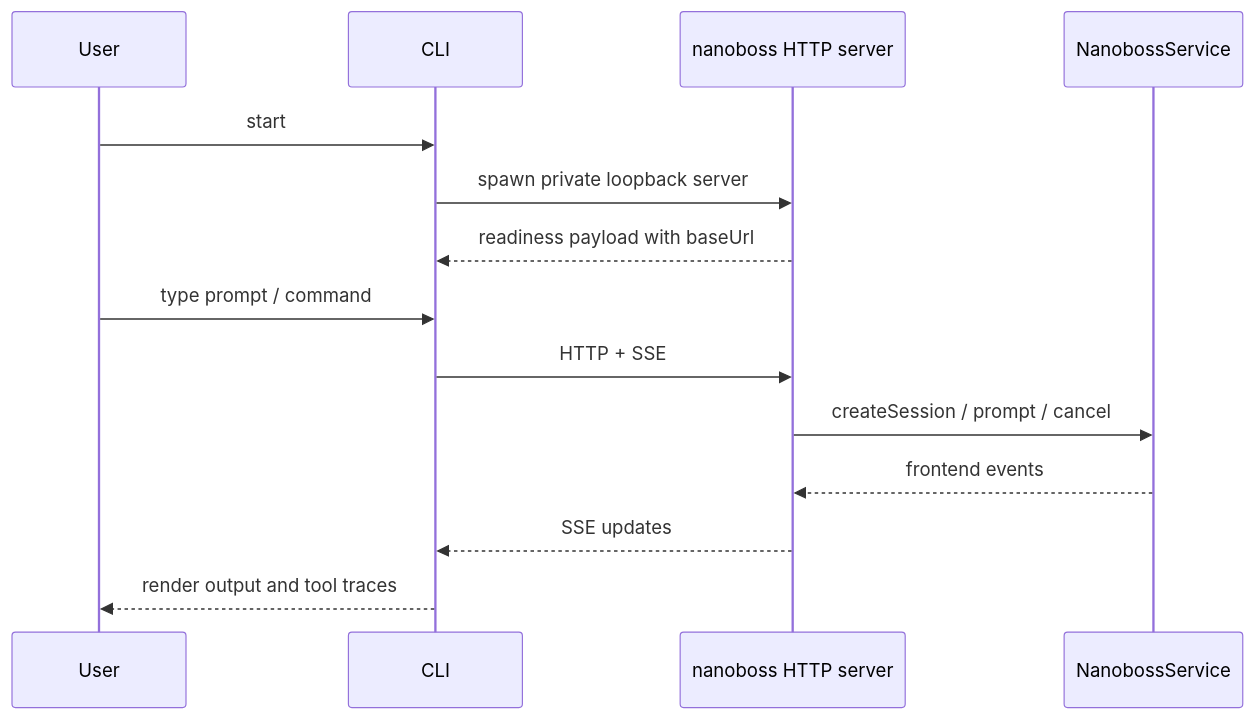
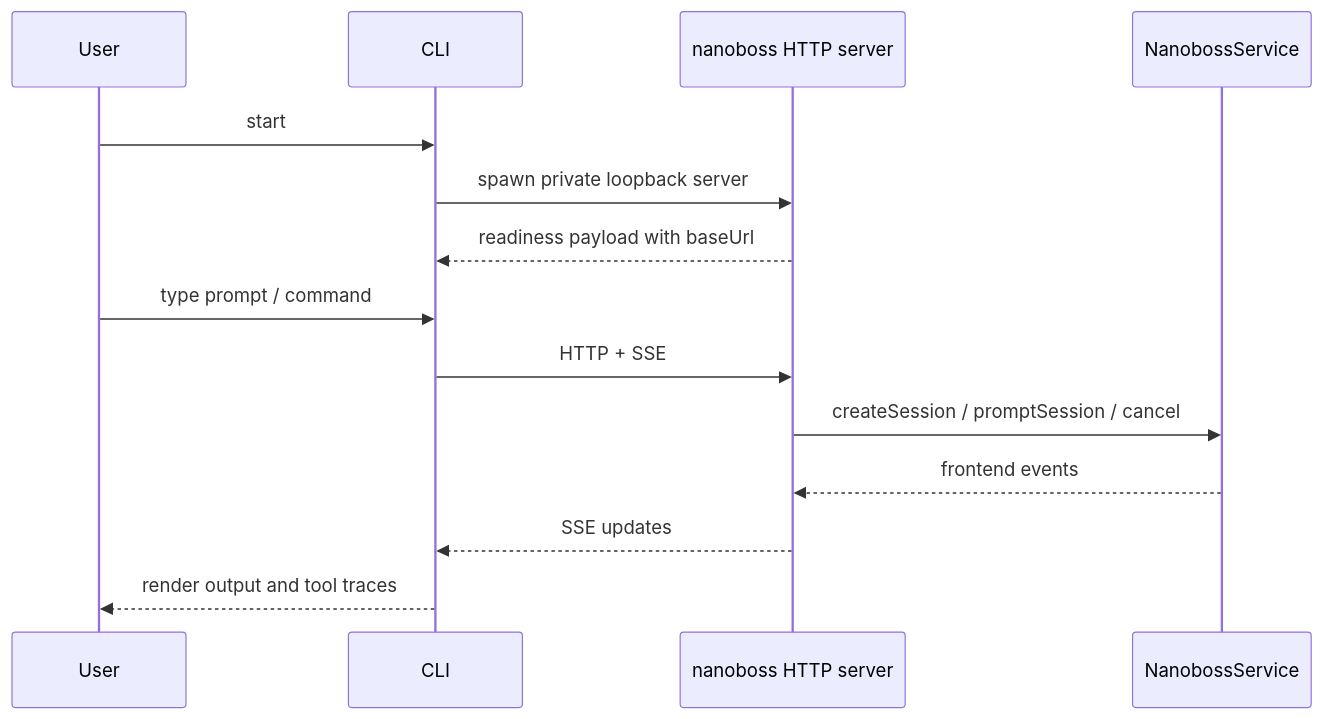
One commit to jflam/nanoboss changed the second of 5 diagrams in docs/architecture.md. Above: the diagram before and after it, drawn with Mermaid. The commit also changed other lines of this file and 12 other files, not shown here.

````diff
--- a/docs/architecture.md
+++ b/docs/architecture.md
@@ -89,17 +89,17 @@
 ```mermaid
 sequenceDiagram
   participant User
   participant CLI as CLI
   participant Server as nanoboss HTTP server
   participant Service as NanobossService
 
   User->>CLI: start
   CLI->>Server: spawn private loopback server
   Server-->>CLI: readiness payload with baseUrl
   User->>CLI: type prompt / command
   CLI->>Server: HTTP + SSE
-  Server->>Service: createSession / prompt / cancel
+  Server->>Service: createSession / promptSession / cancel
   Service-->>Server: frontend events
   Server-->>CLI: SSE updates
   CLI-->>User: render output and tool traces
 ```
````
